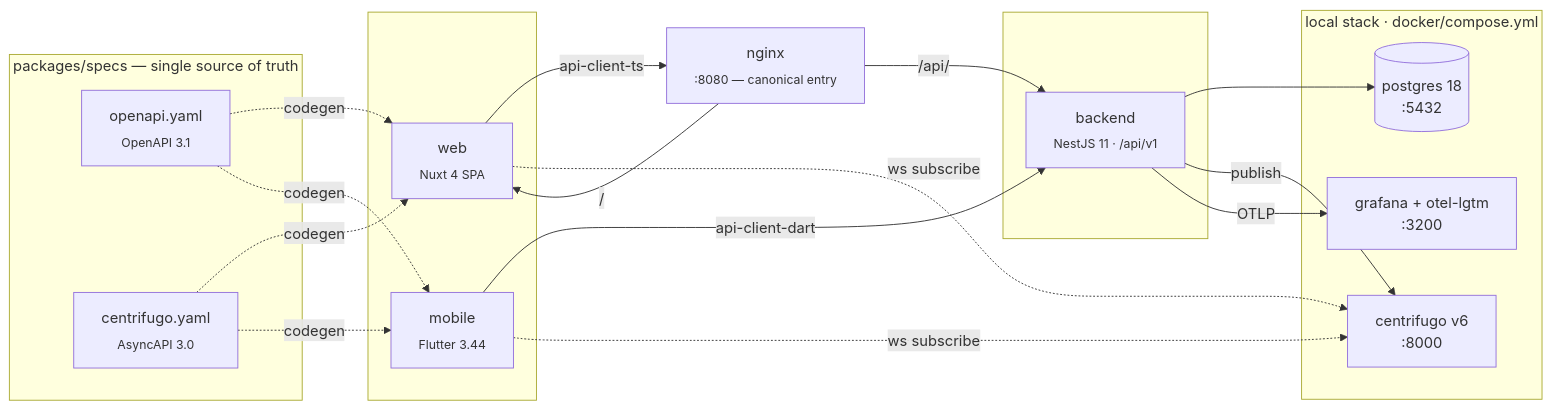
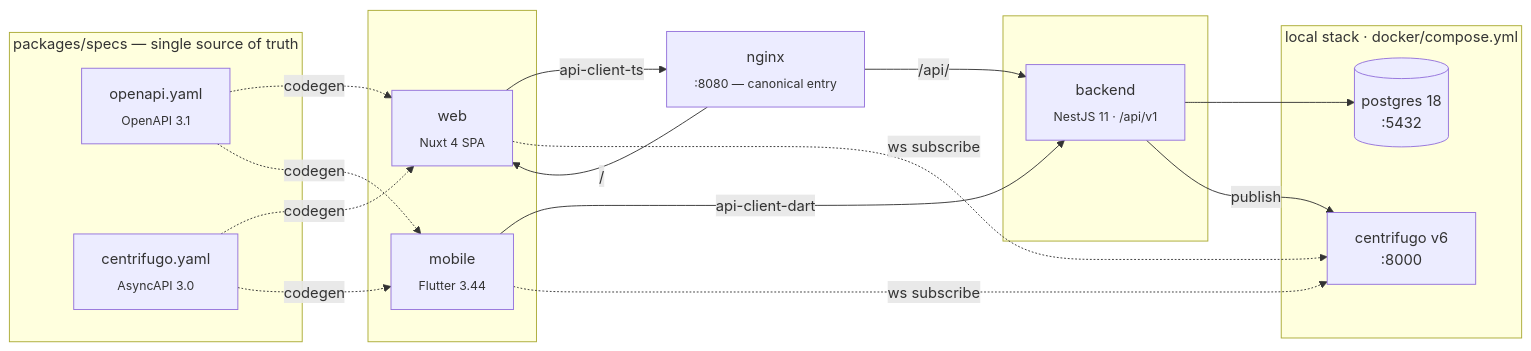
The diagram in README.md (kkucherenkov/course_shelf), drawn with Mermaid before and after one commit. The commit also changed other lines of this file and 20 other files, not shown here.

````diff
--- a/README.md
+++ b/README.md
@@ -22,39 +22,37 @@
 ```mermaid
 flowchart LR
   subgraph clients[" "]
     web["web<br/><sub>Nuxt 4 SPA</sub>"]
     mobile["mobile<br/><sub>Flutter 3.44</sub>"]
   end
 
   nginx["nginx<br/><sub>:8080 — canonical entry</sub>"]
 
   subgraph backend_group[" "]
     backend["backend<br/><sub>NestJS 11 · /api/v1</sub>"]
   end
 
   subgraph infra["local stack · docker/compose.yml"]
     postgres[("postgres 18<br/>:5432")]
     centrifugo["centrifugo v6<br/>:8000"]
-    otel["grafana + otel-lgtm<br/>:3200"]
   end
 
   subgraph contracts["packages/specs — single source of truth"]
     openapi["openapi.yaml<br/><sub>OpenAPI 3.1</sub>"]
     asyncapi["centrifugo.yaml<br/><sub>AsyncAPI 3.0</sub>"]
   end
 
   web -->|"api-client-ts"| nginx
   mobile -->|"api-client-dart"| backend
   nginx -->|"/api/"| backend
   nginx -->|"/"| web
   web -.->|"ws subscribe"| centrifugo
   mobile -.->|"ws subscribe"| centrifugo
   backend --> postgres
   backend -->|"publish"| centrifugo
-  backend -->|"OTLP"| otel
 
   openapi -. "codegen" .-> web
   openapi -. "codegen" .-> mobile
   asyncapi -. "codegen" .-> web
   asyncapi -. "codegen" .-> mobile
 ```
````
